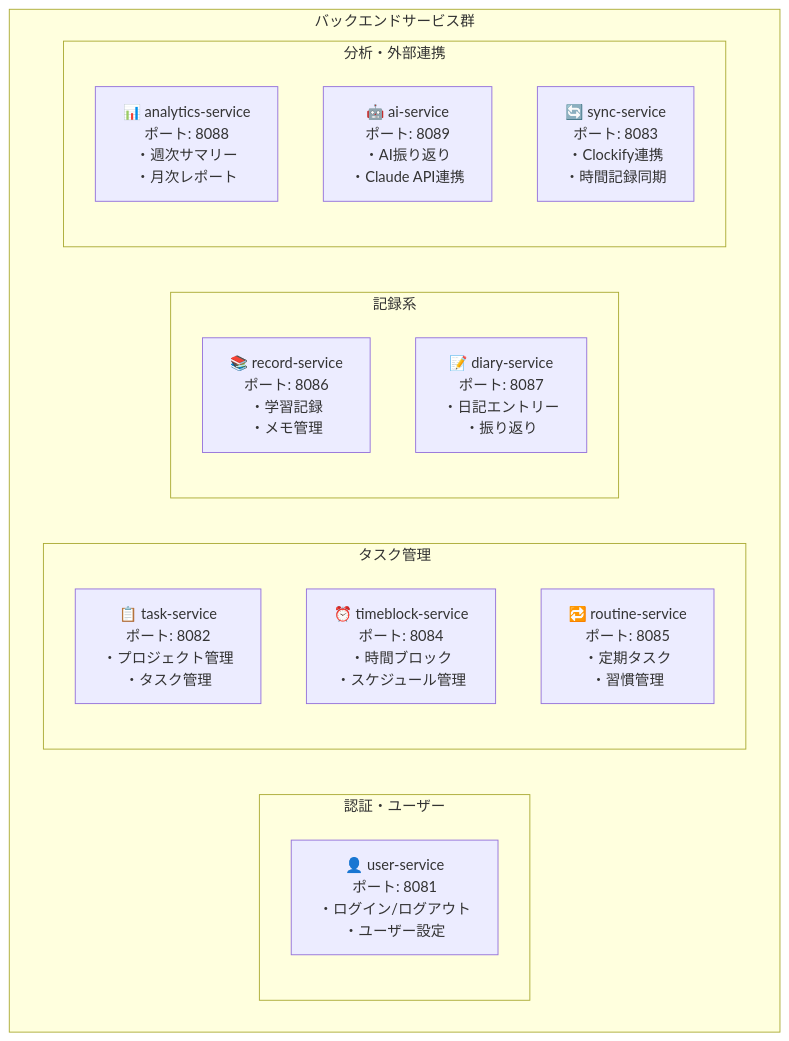
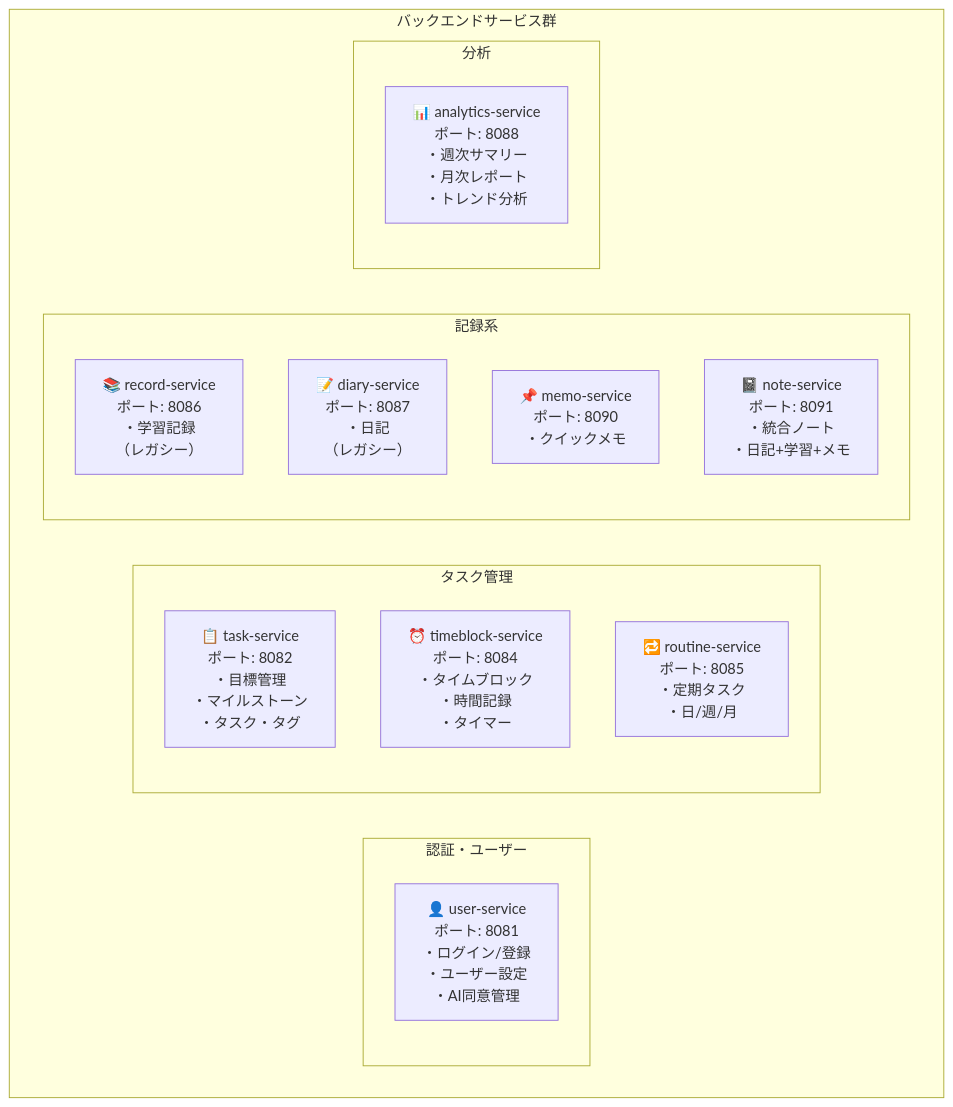
Before and after one commit to yu-min3/kensan: the fifth of 15 diagrams in mydocs/architecture_guide_for_beginners.md, drawn with Mermaid. The commit also changed other lines of this file and 85 other files, not shown here.

````diff
--- a/mydocs/architecture_guide_for_beginners.md
+++ b/mydocs/architecture_guide_for_beginners.md
@@ -214,25 +268,25 @@
 ```mermaid
 graph TB
     subgraph "バックエンドサービス群"
         subgraph "認証・ユーザー"
-            US["👤 user-service<br/>ポート: 8081<br/>・ログイン/ログアウト<br/>・ユーザー設定"]
+            US["👤 user-service<br/>ポート: 8081<br/>・ログイン/登録<br/>・ユーザー設定<br/>・AI同意管理"]
         end
 
         subgraph "タスク管理"
-            TS["📋 task-service<br/>ポート: 8082<br/>・プロジェクト管理<br/>・タスク管理"]
-            TBS["⏰ timeblock-service<br/>ポート: 8084<br/>・時間ブロック<br/>・スケジュール管理"]
-            RS["🔁 routine-service<br/>ポート: 8085<br/>・定期タスク<br/>・習慣管理"]
+            TS["📋 task-service<br/>ポート: 8082<br/>・目標管理<br/>・マイルストーン<br/>・タスク・タグ"]
+            TBS["⏰ timeblock-service<br/>ポート: 8084<br/>・タイムブロック<br/>・時間記録<br/>・タイマー"]
+            RS["🔁 routine-service<br/>ポート: 8085<br/>・定期タスク<br/>・日/週/月"]
         end
 
         subgraph "記録系"
-            RCS["📚 record-service<br/>ポート: 8086<br/>・学習記録<br/>・メモ管理"]
-            DS["📝 diary-service<br/>ポート: 8087<br/>・日記エントリー<br/>・振り返り"]
+            RCS["📚 record-service<br/>ポート: 8086<br/>・学習記録<br/>（レガシー）"]
+            DS["📝 diary-service<br/>ポート: 8087<br/>・日記<br/>（レガシー）"]
+            MS["📌 memo-service<br/>ポート: 8090<br/>・クイックメモ"]
+            NS["📓 note-service<br/>ポート: 8091<br/>・統合ノート<br/>・日記+学習+メモ"]
         end
 
-        subgraph "分析・外部連携"
-            AS["📊 analytics-service<br/>ポート: 8088<br/>・週次サマリー<br/>・月次レポート"]
-            AIS["🤖 ai-service<br/>ポート: 8089<br/>・AI振り返り<br/>・Claude API連携"]
-            SS["🔄 sync-service<br/>ポート: 8083<br/>・Clockify連携<br/>・時間記録同期"]
+        subgraph "分析"
+            AS["📊 analytics-service<br/>ポート: 8088<br/>・週次サマリー<br/>・月次レポート<br/>・トレンド分析"]
         end
     end
 ```
````
